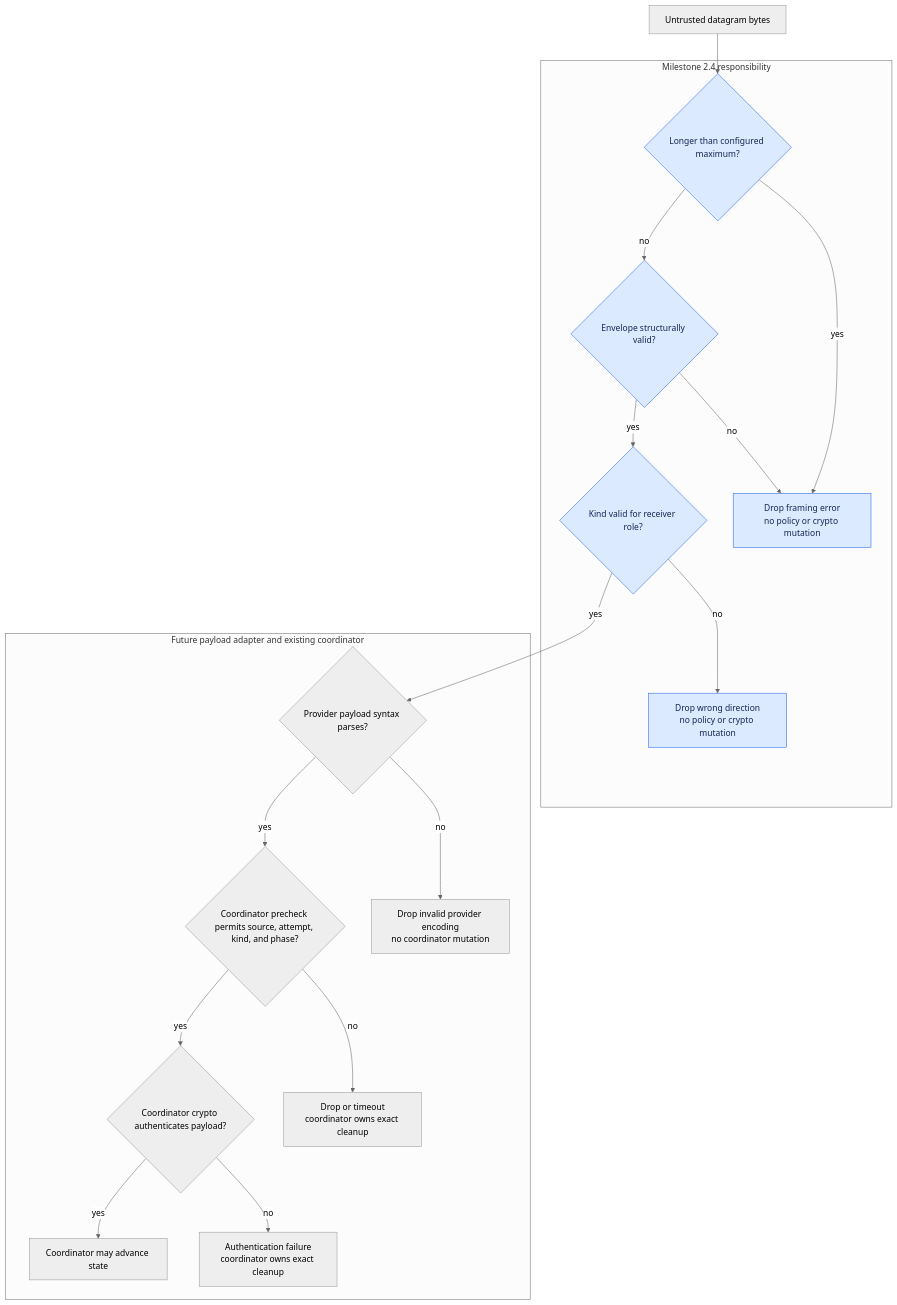
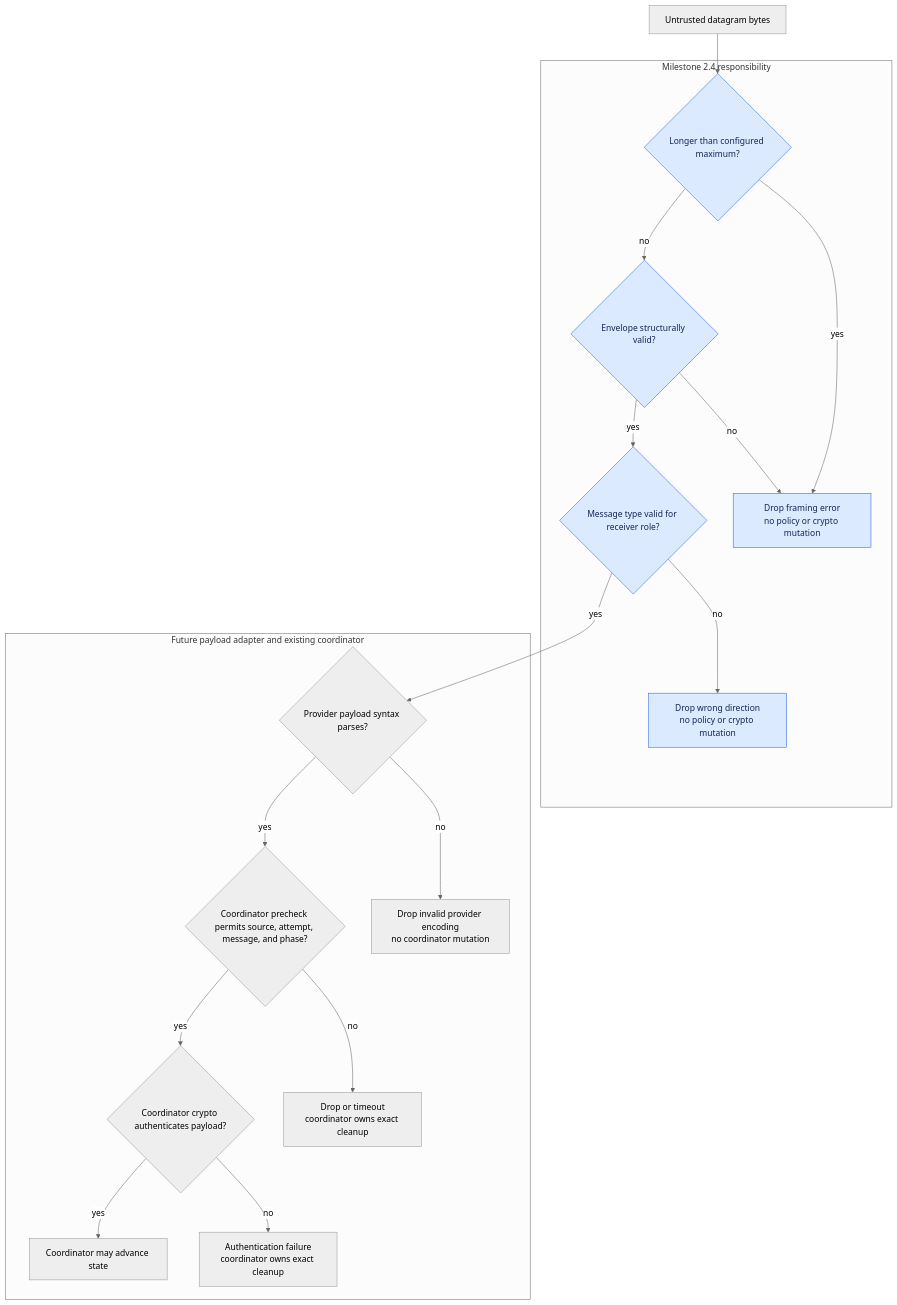
The fourth of 6 diagrams in docs/handshake-framing-design.md (thiennguyen56/crabnet), drawn with Mermaid (neutral theme) before and after one commit. The commit also changed other lines of this file and 6 other files, not shown here.

````diff
--- a/docs/handshake-framing-design.md
+++ b/docs/handshake-framing-design.md
@@ -161,51 +161,51 @@
 ```mermaid
 flowchart TD
     Datagram[Untrusted datagram bytes]
     Oversize{Longer than configured maximum?}
     Envelope{Envelope structurally valid?}
-    Direction{Kind valid for receiver role?}
+    Direction{Message type valid for receiver role?}
     PayloadSyntax{Provider payload syntax parses?}
-    Phase{Coordinator precheck permits source, attempt, kind, and phase?}
+    Phase{Coordinator precheck permits source, attempt, message, and phase?}
     Authenticate{Coordinator crypto authenticates payload?}
     Advance[Coordinator may advance state]
     DropFrame[Drop framing error<br/>no policy or crypto mutation]
     DropDirection[Drop wrong direction<br/>no policy or crypto mutation]
     DropSyntax[Drop invalid provider encoding<br/>no coordinator mutation]
     DropPolicy[Drop or timeout<br/>coordinator owns exact cleanup]
     DropAuth[Authentication failure<br/>coordinator owns exact cleanup]
 
     Datagram --> Oversize
     Oversize -- yes --> DropFrame
     Oversize -- no --> Envelope
     Envelope -- no --> DropFrame
     Envelope -- yes --> Direction
     Direction -- no --> DropDirection
     Direction -- yes --> PayloadSyntax
     PayloadSyntax -- no --> DropSyntax
     PayloadSyntax -- yes --> Phase
     Phase -- no --> DropPolicy
     Phase -- yes --> Authenticate
     Authenticate -- no --> DropAuth
     Authenticate -- yes --> Advance
 
     subgraph M24[Milestone 2.4 responsibility]
         Oversize
         Envelope
         Direction
         DropFrame
         DropDirection
     end
 
     subgraph Later[Future payload adapter and existing coordinator]
         PayloadSyntax
         Phase
         Authenticate
         Advance
         DropSyntax
         DropPolicy
         DropAuth
     end
 
     classDef milestone fill:#dbeafe,stroke:#2563eb,color:#172554;
     class Oversize,Envelope,Direction,DropFrame,DropDirection milestone;
 ```
````
